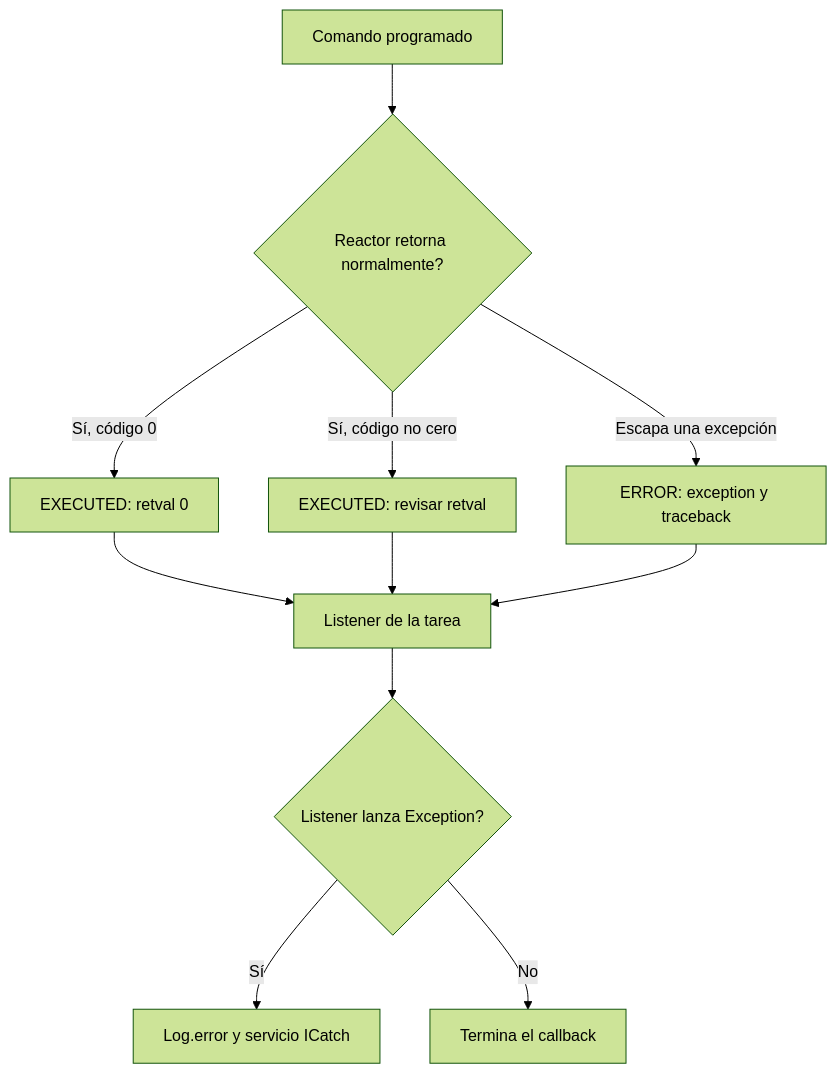
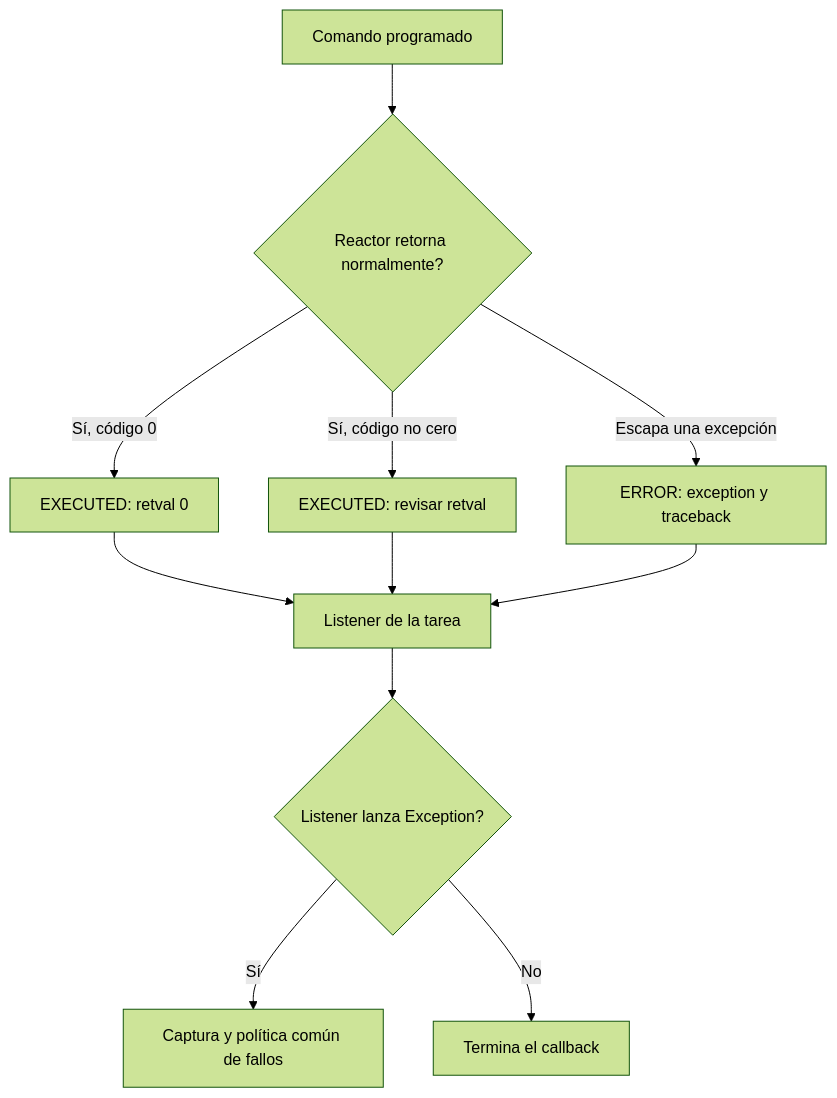
One commit to orionis-framework/docs changed the diagram in src/content/docs/es/console/scheduler-listeners.md. Above: the diagram before and after it, drawn with Mermaid (forest theme). The commit also changed other lines of this file and 254 other files, not shown here.

````diff
--- a/src/content/docs/es/console/scheduler-listeners.md
+++ b/src/content/docs/es/console/scheduler-listeners.md
@@ -241,15 +241,15 @@
 ```mermaid
 flowchart TD
     accTitle: Resultados de comandos programados y eventos
     accDescr: Reactor puede convertir una excepción del comando en código uno; el evento de tarea sigue siendo EXECUTED si el callable no propaga la excepción.
     A[Comando programado] --> B{Reactor retorna normalmente?}
     B -->|Sí, código 0| C[EXECUTED: retval 0]
     B -->|Sí, código no cero| D[EXECUTED: revisar retval]
     B -->|Escapa una excepción| E[ERROR: exception y traceback]
     C --> F[Listener de la tarea]
     D --> F
     E --> F
     F --> G{Listener lanza Exception?}
-    G -->|Sí| H[Log.error y servicio ICatch]
+    G -->|Sí| H[Captura y política común de fallos]
     G -->|No| I[Termina el callback]
 ```
````
